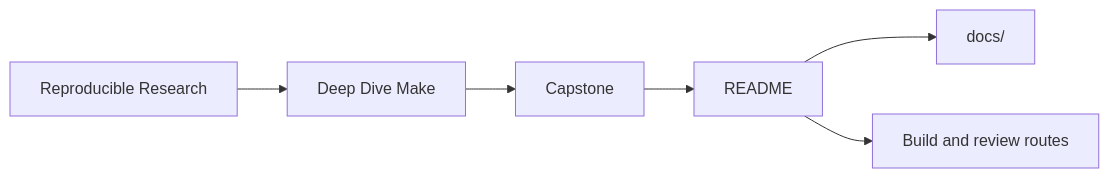
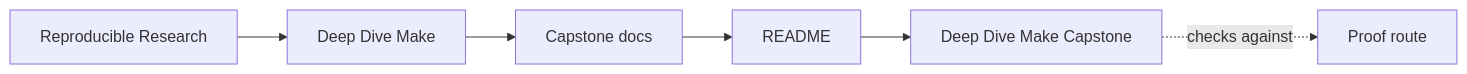
The first of 3 diagrams in programs/reproducible-research/deep-dive-make/capstone/README.md (bijux/bijux-masterclass), drawn with Mermaid before and after one commit. The commit also changed other lines of this file and 146 other files, not shown here.

Commit message:
docs(deep-dive-make): map build truth and release review surfaces

````diff
--- a/programs/reproducible-research/deep-dive-make/capstone/README.md
+++ b/programs/reproducible-research/deep-dive-make/capstone/README.md
@@ -6,8 +6,12 @@
 ```mermaid
 graph LR
-  family["Reproducible Research"] --> program["Deep Dive Make"]
-  program --> capstone["Capstone"]
-  capstone --> readme["README"]
-  readme --> docs["docs/"]
-  readme --> proof["Build and review routes"]
+  family["Reproducible Research"]
+  program["Deep Dive Make"]
+  guide["Capstone docs"]
+  section["README"]
+  page["Deep Dive Make Capstone"]
+  proof["Proof route"]
+
+  family --> program --> guide --> section --> page
+  page -.checks against.-> proof
 ```
````
